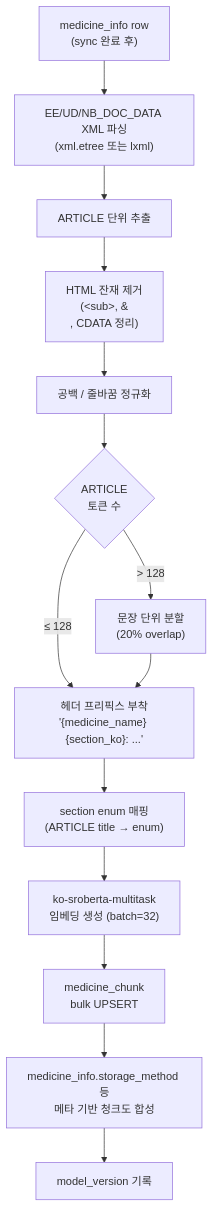
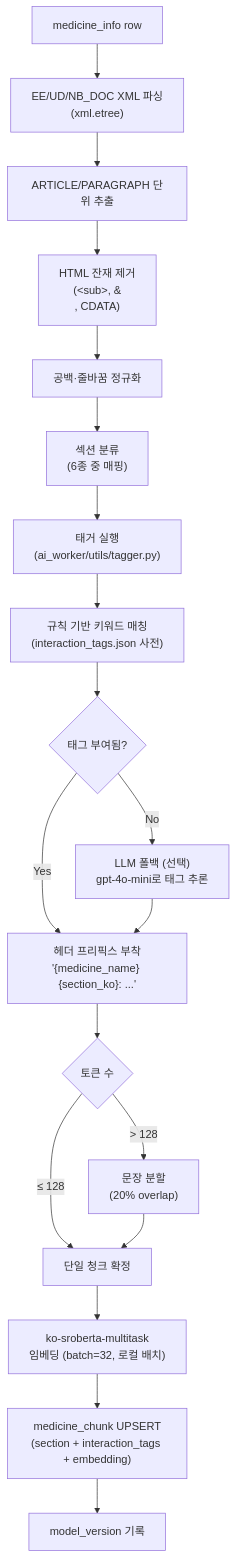
The sixth of 13 diagrams in PLAN.md (AI-HealthCare-02/AI_02_06), drawn with Mermaid before and after one commit. The commit also changed other lines of this file and 1 other file, not shown here.

````diff
--- a/PLAN.md
+++ b/PLAN.md
@@ -422,16 +483,21 @@
 ```mermaid
 flowchart TD
-    A["medicine_info row<br/>(sync 완료 후)"] --> B["EE/UD/NB_DOC_DATA XML 파싱<br/>(xml.etree 또는 lxml)"]
-    B --> C["ARTICLE 단위 추출"]
-    C --> D["HTML 잔재 제거<br/>(&lt;sub&gt;, &amp;#13;, CDATA 정리)"]
-    D --> E["공백 / 줄바꿈 정규화"]
-    E --> F{ARTICLE<br/>토큰 수}
-    F -->|≤ 128| G["헤더 프리픽스 부착<br/>'{medicine_name} {section_ko}: ...'"]
-    F -->|> 128| H["문장 단위 분할<br/>(20% overlap)"]
-    H --> G
-    G --> I["section enum 매핑<br/>(ARTICLE title → enum)"]
-    I --> J["ko-sroberta-multitask<br/>임베딩 생성 (batch=32)"]
-    J --> K["medicine_chunk<br/>bulk UPSERT"]
-    K --> L["medicine_info.storage_method 등<br/>메타 기반 청크도 합성"]
-    L --> M["model_version 기록"]
+    A["medicine_info row"] --> B["EE/UD/NB_DOC XML 파싱<br/>(xml.etree)"]
+    B --> C["ARTICLE/PARAGRAPH 단위 추출"]
+    C --> D["HTML 잔재 제거<br/>(&lt;sub&gt;, &amp;#13;, CDATA)"]
+    D --> E["공백·줄바꿈 정규화"]
+    E --> F["섹션 분류<br/>(6종 중 매핑)"]
+    F --> G["태거 실행<br/>(ai_worker/utils/tagger.py)"]
+    G --> G1["규칙 기반 키워드 매칭<br/>(interaction_tags.json 사전)"]
+    G1 --> G2{태그 부여됨?}
+    G2 -->|Yes| H["헤더 프리픽스 부착<br/>'{medicine_name} {section_ko}: ...'"]
+    G2 -->|No| G3["LLM 폴백 (선택)<br/>gpt-4o-mini로 태그 추론"]
+    G3 --> H
+    H --> I{토큰 수}
+    I -->|≤ 128| J["단일 청크 확정"]
+    I -->|> 128| K["문장 분할<br/>(20% overlap)"]
+    K --> J
+    J --> L["ko-sroberta-multitask<br/>임베딩 (batch=32, 로컬 배치)"]
+    L --> M["medicine_chunk UPSERT<br/>(section + interaction_tags + embedding)"]
+    M --> N["model_version 기록"]
 ```
````
